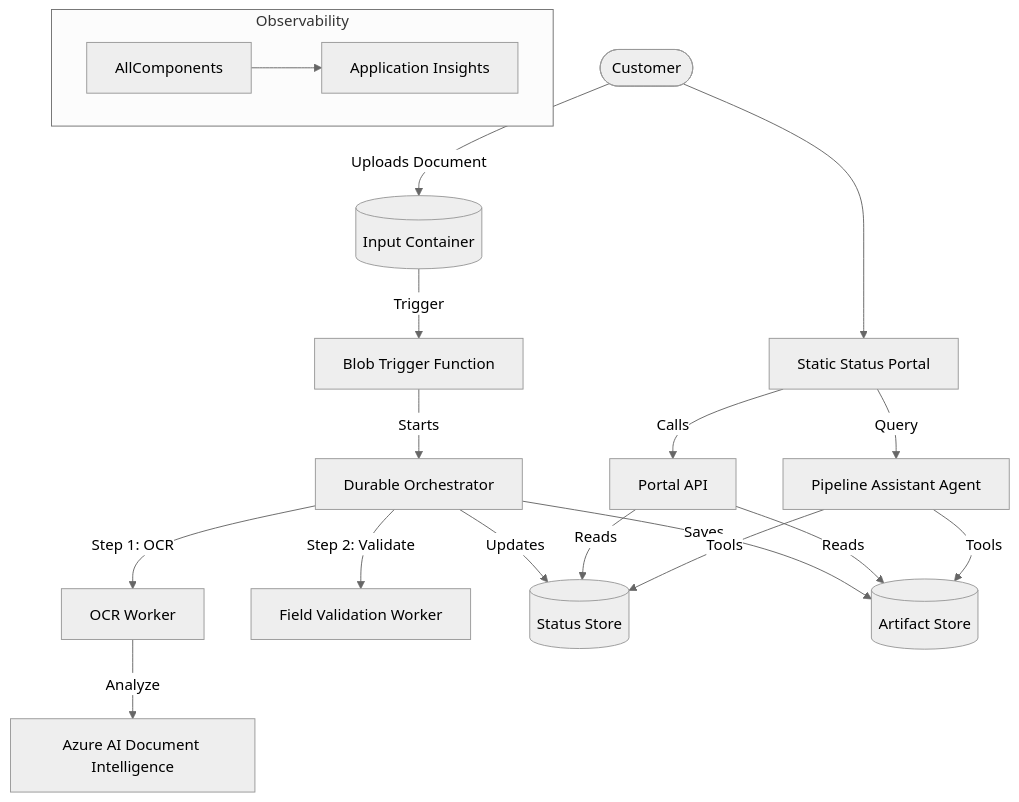
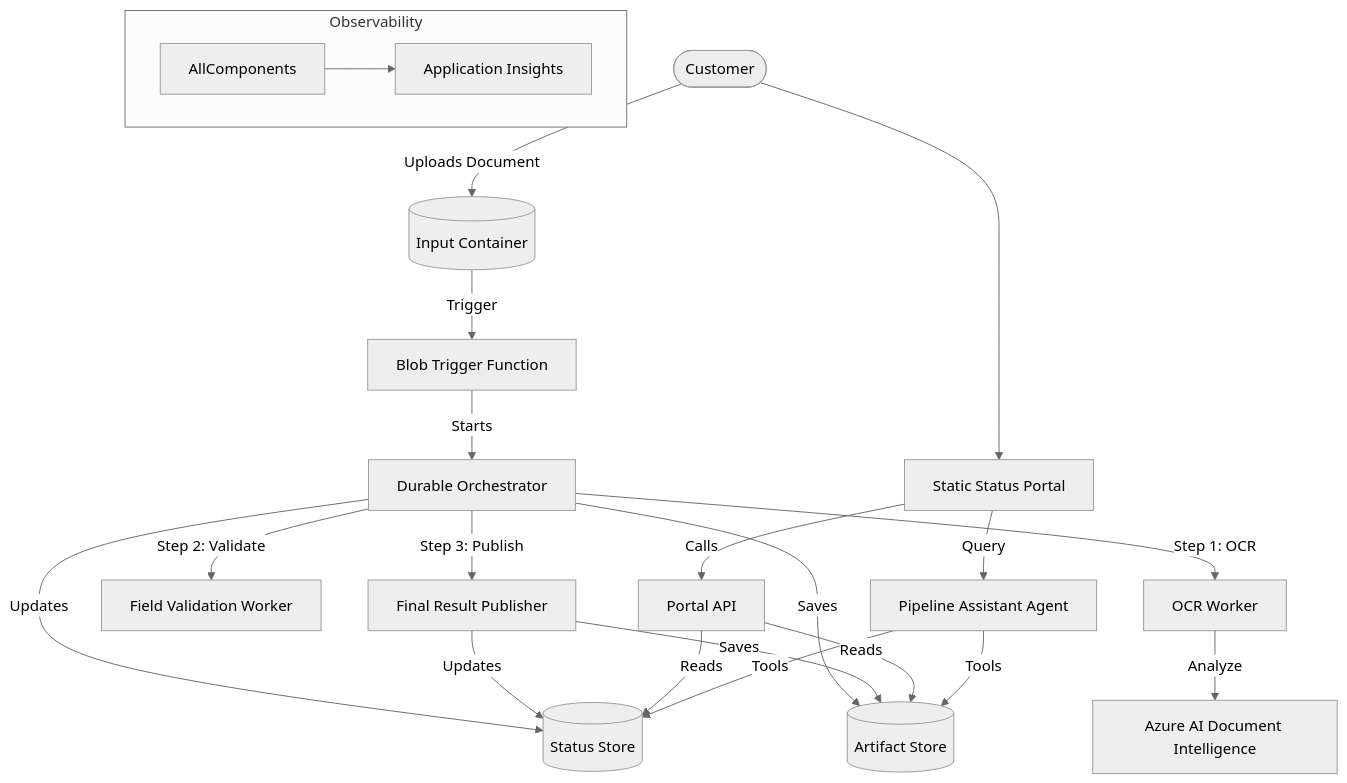
Before and after one commit to wildersa/azure_ref_kit: the diagram in solutions/document-ai-portal/README.md, drawn with Mermaid (neutral theme). The commit also changed other lines of this file and 4 other files, not shown here.

Commit message:
feat: define final result publisher contract for Document AI portal

````diff
--- a/solutions/document-ai-portal/README.md
+++ b/solutions/document-ai-portal/README.md
@@ -33,28 +34,32 @@
 ```mermaid
 graph TD
     User([Customer]) --> Portal[Static Status Portal]
     User -->|Uploads Document| BlobIn[(Input Container)]
 
     BlobIn -->|Trigger| TriggerFunc[Blob Trigger Function]
     TriggerFunc -->|Starts| Orchestrator[Durable Orchestrator]
 
     Orchestrator -->|Step 1: OCR| OCRFunc[OCR Worker]
     OCRFunc -->|Analyze| DocIntel[Azure AI Document Intelligence]
 
     Orchestrator -->|Step 2: Validate| ValFunc[Field Validation Worker]
+    Orchestrator -->|Step 3: Publish| PubFunc[Final Result Publisher]
 
     Orchestrator -->|Updates| StatusStore[(Status Store)]
     Orchestrator -->|Saves| ArtifactStore[(Artifact Store)]
+
+    PubFunc -->|Updates| StatusStore
+    PubFunc -->|Saves| ArtifactStore
 
     Portal -->|Calls| PortalAPI[Portal API]
     PortalAPI -->|Reads| StatusStore
     PortalAPI -->|Reads| ArtifactStore
 
     Portal -->|Query| Agent[Pipeline Assistant Agent]
     Agent -->|Tools| StatusStore
     Agent -->|Tools| ArtifactStore
 
     subgraph Observability
         AllComponents --> AppInsights[Application Insights]
     end
 ```
````
